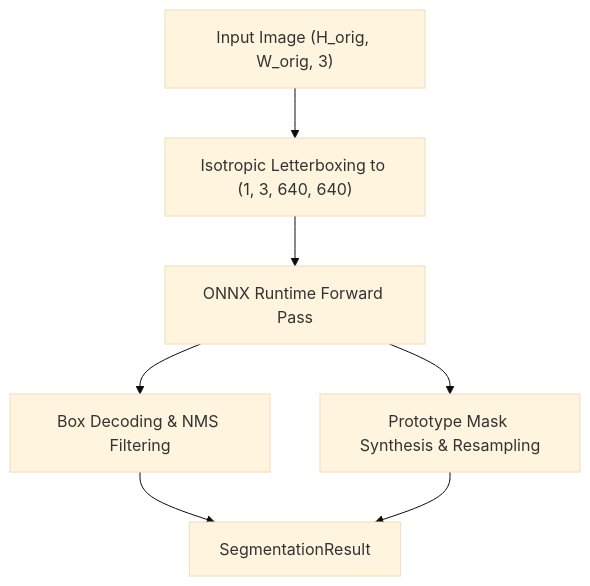
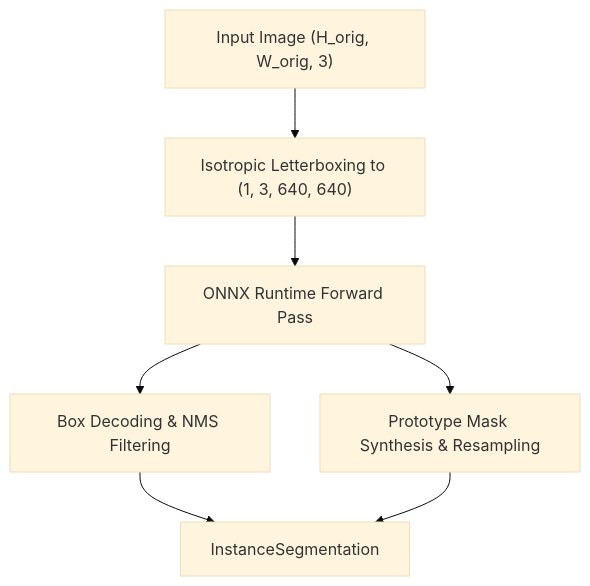
The diagram in src/spatialhub/models/fastsam/README.md (spatialhub-ai/spatialhub), drawn with Mermaid (base theme) before and after one commit. The commit also changed other lines of this file and 3 other files, not shown here.

````diff
--- a/src/spatialhub/models/fastsam/README.md
+++ b/src/spatialhub/models/fastsam/README.md
@@ -22,9 +22,9 @@
 ```mermaid
 graph TD
     A["Input Image (H_orig, W_orig, 3)"] --> B["Isotropic Letterboxing to (1, 3, 640, 640)"]
     B --> C["ONNX Runtime Forward Pass"]
     C --> D["Box Decoding & NMS Filtering"]
     C --> E["Prototype Mask Synthesis & Resampling"]
-    D --> F["SegmentationResult"]
+    D --> F["InstanceSegmentation"]
     E --> F
 ```
````
